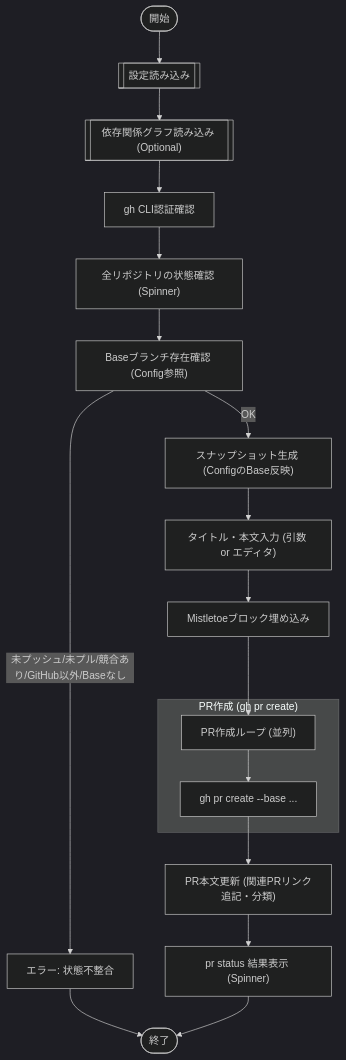
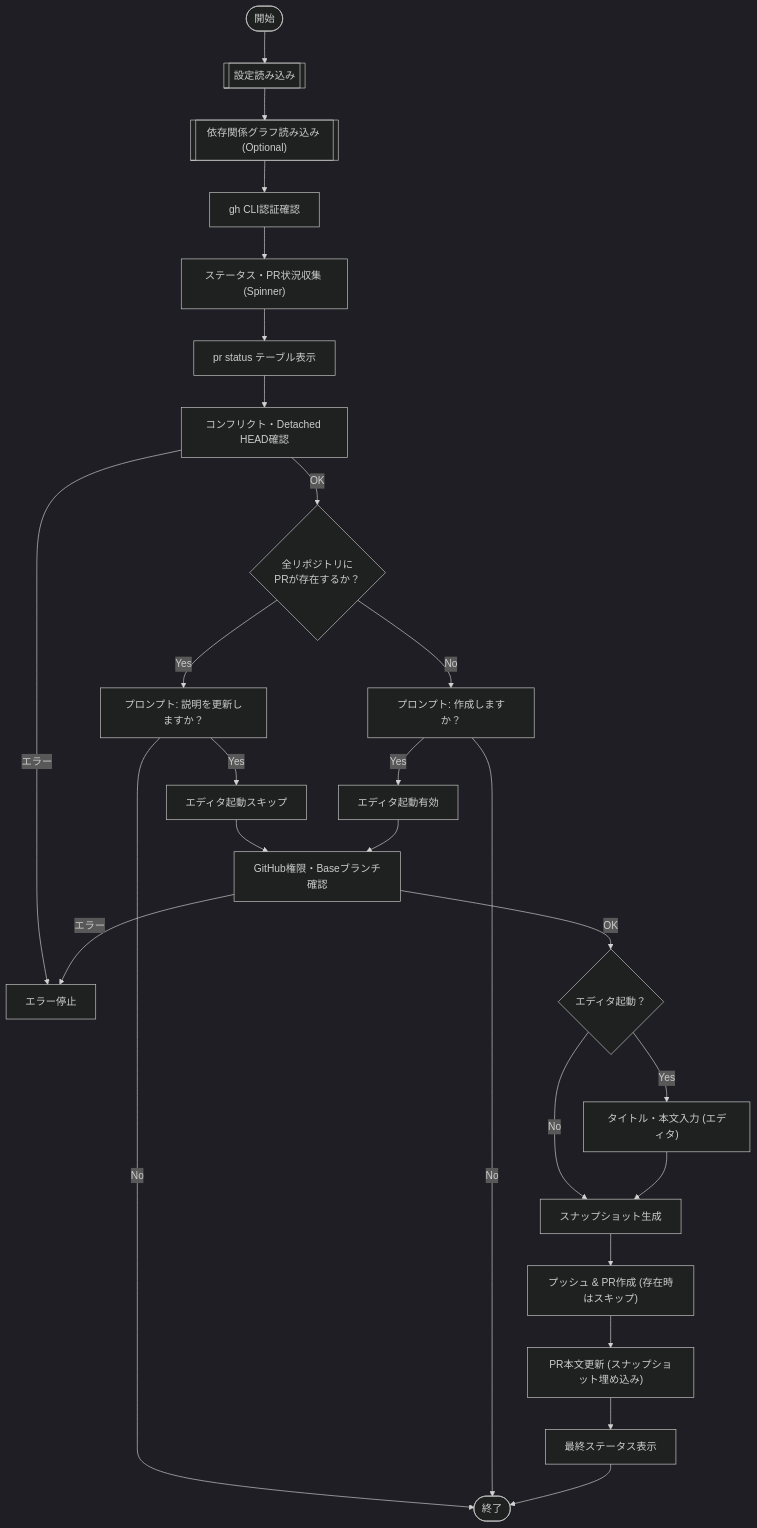
One commit to keiji/mistletoe changed the diagram in docs/internal/app/pr_create.md. Above: the diagram before and after it, drawn with Mermaid (dark theme). The commit also changed 2 other files, not shown here.

Commit message:
feat: check for existing PRs early in pr create
Updates the `pr create` flow to:
1. Collect and display PR status (`pr status` table) early.
2. If all repositories have existing PRs, prompt the user to update the description (skipping editor launch).
3. If not all have PRs, prompt to create new PRs (launching editor).
4. Updates `verifyGithubRequirements` to accept pre-checked PR URLs to optimize performance.
5. Updates design documentation and tests accordingly.

````diff
--- a/docs/internal/app/pr_create.md
+++ b/docs/internal/app/pr_create.md
@@ -27,25 +27,33 @@
 ```mermaid
 flowchart TD
     Start(["開始"]) --> LoadConfigSub[["設定読み込み"]]
     LoadConfigSub --> LoadDep[["依存関係グラフ読み込み (Optional)"]]
     LoadDep --> ValidateAuth["gh CLI認証確認"]
-    ValidateAuth --> CheckClean["全リポジトリの状態確認 (Spinner)"]
-    CheckClean --> VerifyBase["Baseブランチ存在確認 (Config参照)"]
+    ValidateAuth --> CollectStatus["ステータス・PR状況収集 (Spinner)"]
+    CollectStatus --> RenderTable["pr status テーブル表示"]
+    RenderTable --> CheckBlockers["コンフリクト・Detached HEAD確認"]
+    CheckBlockers -- "エラー" --> ErrorState["エラー停止"]
+    CheckBlockers -- "OK" --> CheckAllPRs{"全リポジトリに\nPRが存在するか？"}
 
-    VerifyBase -- "未プッシュ/未プル/競合あり/GitHub以外/Baseなし" --> ErrorState["エラー: 状態不整合"]
-    VerifyBase -- "OK" --> GenSnapshot["スナップショット生成 (ConfigのBase反映)"]
+    CheckAllPRs -- "Yes" --> PromptYes["プロンプト: 説明を更新しますか？"]
+    PromptYes -- "No" --> Stop(["終了"])
+    PromptYes -- "Yes" --> SetSkipEditor["エディタ起動スキップ"]
 
-    GenSnapshot --> InputContent["タイトル・本文入力 (引数 or エディタ)"]
-    InputContent --> EmbedBlock["Mistletoeブロック埋め込み"]
+    CheckAllPRs -- "No" --> PromptNo["プロンプト: 作成しますか？"]
+    PromptNo -- "No" --> Stop
+    PromptNo -- "Yes" --> SetNoSkip["エディタ起動有効"]
 
-    EmbedBlock --> CreatePRs["PR作成ループ (並列)"]
+    SetSkipEditor --> VerifyBase["GitHub権限・Baseブランチ確認"]
+    SetNoSkip --> VerifyBase
 
-    subgraph "PR作成 (gh pr create)"
-        CreatePRs --> CallGH["gh pr create --base <ConfigBase> ..."]
-    end
+    VerifyBase -- "エラー" --> ErrorState
+    VerifyBase -- "OK" --> CheckEditor{"エディタ起動？"}
+    CheckEditor -- "Yes" --> InputContent["タイトル・本文入力 (エディタ)"]
+    CheckEditor -- "No" --> GenSnapshot["スナップショット生成"]
+    InputContent --> GenSnapshot
 
-    CallGH --> UpdateDesc["PR本文更新 (関連PRリンク追記・分類)"]
-    UpdateDesc --> ShowStatus["pr status 結果表示 (Spinner)"]
-    ErrorState --> Stop(["終了"])
-    ShowStatus --> Stop
+    GenSnapshot --> PushAndCreate["プッシュ & PR作成 (存在時はスキップ)"]
+    PushAndCreate --> UpdateDesc["PR本文更新 (スナップショット埋め込み)"]
+    UpdateDesc --> ShowFinalStatus["最終ステータス表示"]
+    ShowFinalStatus --> Stop
 ```
````
